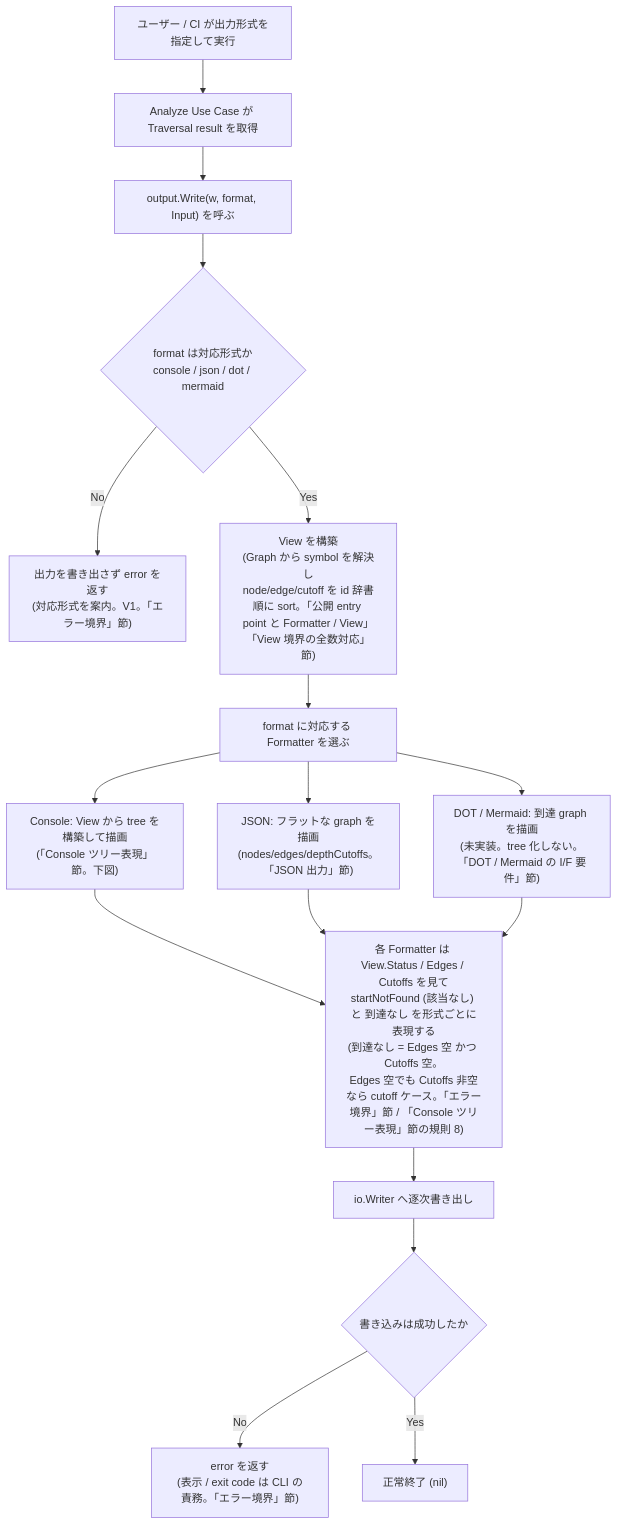
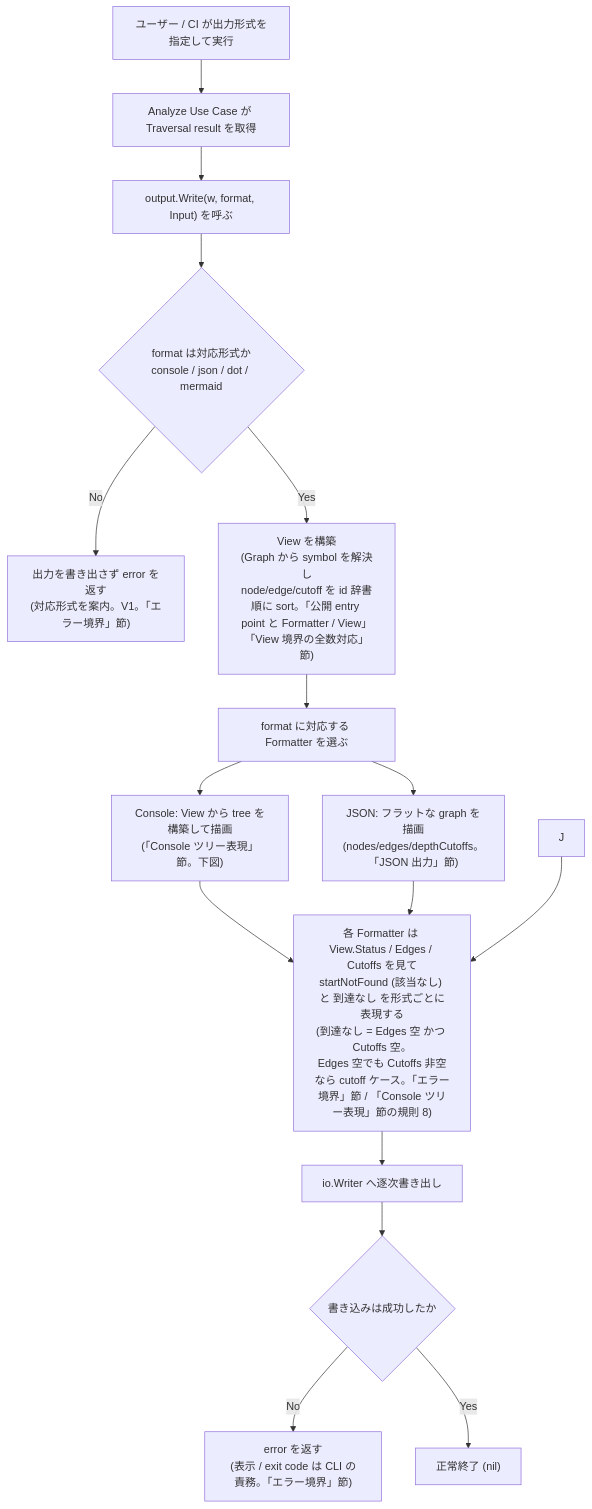
Before and after one commit to Fukuemon/depwalk: the second of 4 diagrams in design/features/output/DesignDoc_output.md, drawn with Mermaid. The commit also changed other lines of this file and 6 other files, not shown here.

````diff
--- a/design/features/output/DesignDoc_output.md
+++ b/design/features/output/DesignDoc_output.md
@@ -312,19 +291,18 @@
 ```mermaid
 flowchart TD
     A["ユーザー / CI が出力形式を指定して実行"] --> B["Analyze Use Case が Traversal result を取得"]
     B --> C["output.Write(w, format, Input) を呼ぶ"]
     C --> D{"format は対応形式か<br/>console / json / dot / mermaid"}
     D -- "No" --> E["出力を書き出さず error を返す<br/>(対応形式を案内。V1。「エラー境界」節)"]
     D -- "Yes" --> F["View を構築<br/>(Graph から symbol を解決し<br/>node/edge/cutoff を id 辞書順に sort。「公開 entry point と Formatter / View」「View 境界の全数対応」節)"]
     F --> G["format に対応する Formatter を選ぶ"]
     G --> H["Console: View から tree を構築して描画<br/>(「Console ツリー表現」節。下図)"]
     G --> I["JSON: フラットな graph を描画<br/>(nodes/edges/depthCutoffs。「JSON 出力」節)"]
-    G --> J["DOT / Mermaid: 到達 graph を描画<br/>(未実装。tree 化しない。「DOT / Mermaid の I/F 要件」節)"]
     H --> K["各 Formatter は View.Status / Edges / Cutoffs を見て<br/>startNotFound (該当なし) と 到達なし を形式ごとに表現する<br/>(到達なし = Edges 空 かつ Cutoffs 空。<br/>Edges 空でも Cutoffs 非空なら cutoff ケース。「エラー境界」節 / 「Console ツリー表現」節の規則 8)"]
     I --> K
     J --> K
     K --> L["io.Writer へ逐次書き出し"]
     L --> M{"書き込みは成功したか"}
     M -- "No" --> N["error を返す<br/>(表示 / exit code は CLI の責務。「エラー境界」節)"]
     M -- "Yes" --> O["正常終了 (nil)"]
 ```
````
